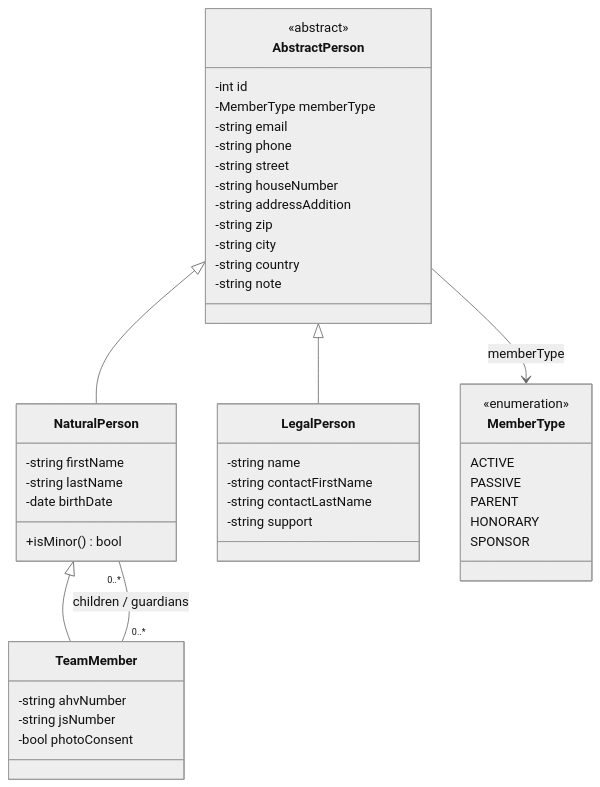
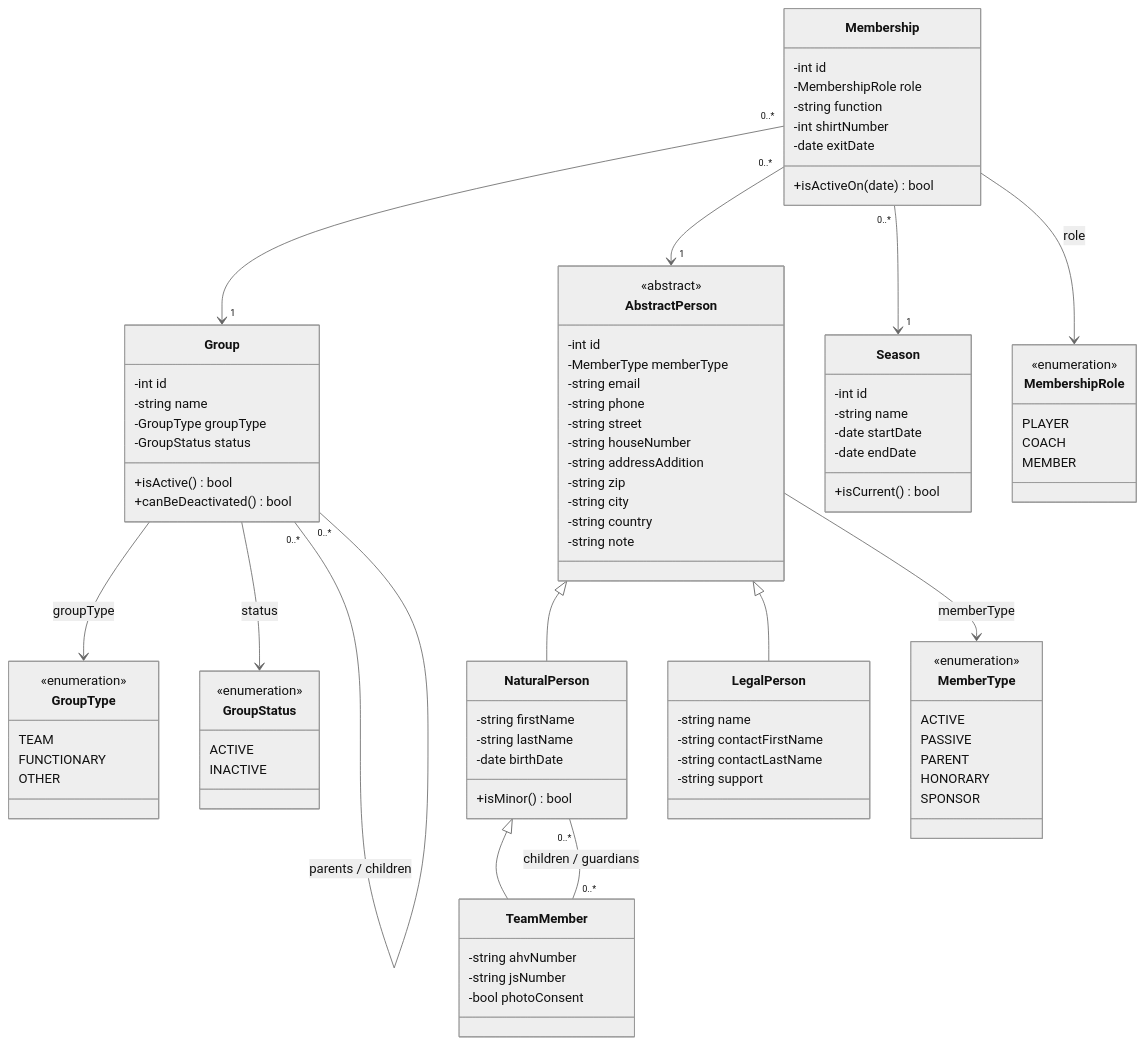
The diagram in specifications/diagrams/sprint1_klassendiagramm.mmd (ghwalin/clubhuesli), drawn with Mermaid (neutral theme) before and after one commit. The commit also changed 20 other files, not shown here.

```diff
--- a/specifications/diagrams/sprint1_klassendiagramm.mmd
+++ b/specifications/diagrams/sprint1_klassendiagramm.mmd
@@ -1,52 +1,106 @@
 classDiagram
     direction TB
 
     class AbstractPerson {
         <<abstract>>
         -int id
         -MemberType memberType
         -string email
         -string phone
         -string street
         -string houseNumber
         -string addressAddition
         -string zip
         -string city
         -string country
         -string note
     }
 
     class NaturalPerson {
         -string firstName
         -string lastName
         -date birthDate
         +isMinor() bool
     }
 
     class TeamMember {
         -string ahvNumber
         -string jsNumber
         -bool photoConsent
     }
 
     class LegalPerson {
         -string name
         -string contactFirstName
         -string contactLastName
         -string support
     }
 
     class MemberType {
         <<enumeration>>
         ACTIVE
         PASSIVE
         PARENT
         HONORARY
         SPONSOR
     }
 
+    class Season {
+        -int id
+        -string name
+        -date startDate
+        -date endDate
+        +isCurrent() bool
+    }
+
+    class Group {
+        -int id
+        -string name
+        -GroupType groupType
+        -GroupStatus status
+        +isActive() bool
+        +canBeDeactivated() bool
+    }
+
+    class GroupType {
+        <<enumeration>>
+        TEAM
+        FUNCTIONARY
+        OTHER
+    }
+
+    class GroupStatus {
+        <<enumeration>>
+        ACTIVE
+        INACTIVE
+    }
+
+    class Membership {
+        -int id
+        -MembershipRole role
+        -string function
+        -int shirtNumber
+        -date exitDate
+        +isActiveOn(date) bool
+    }
+
+    class MembershipRole {
+        <<enumeration>>
+        PLAYER
+        COACH
+        MEMBER
+    }
+
     AbstractPerson <|-- NaturalPerson
     AbstractPerson <|-- LegalPerson
     NaturalPerson <|-- TeamMember
     AbstractPerson --> MemberType : memberType
     TeamMember "0..*" -- "0..*" NaturalPerson : children / guardians
+
+    Group --> GroupType : groupType
+    Group --> GroupStatus : status
+    Group "0..*" -- "0..*" Group : parents / children
+    Membership "0..*" --> "1" Group
+    Membership "0..*" --> "1" AbstractPerson
+    Membership "0..*" --> "1" Season
+    Membership --> MembershipRole : role
```
